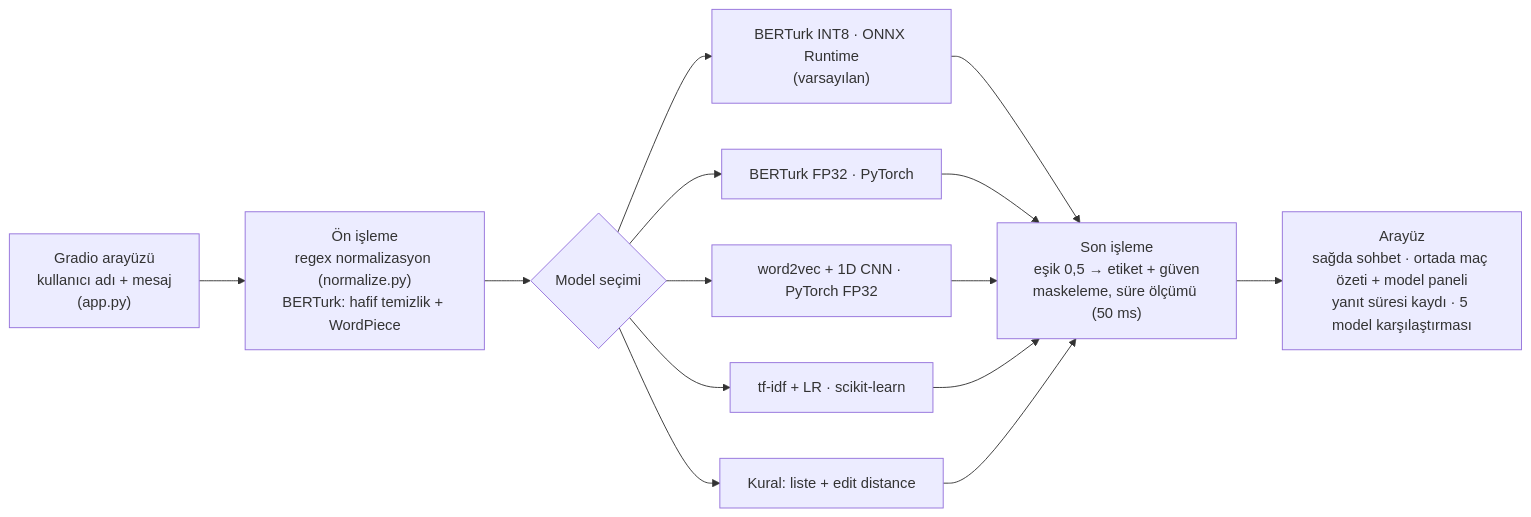
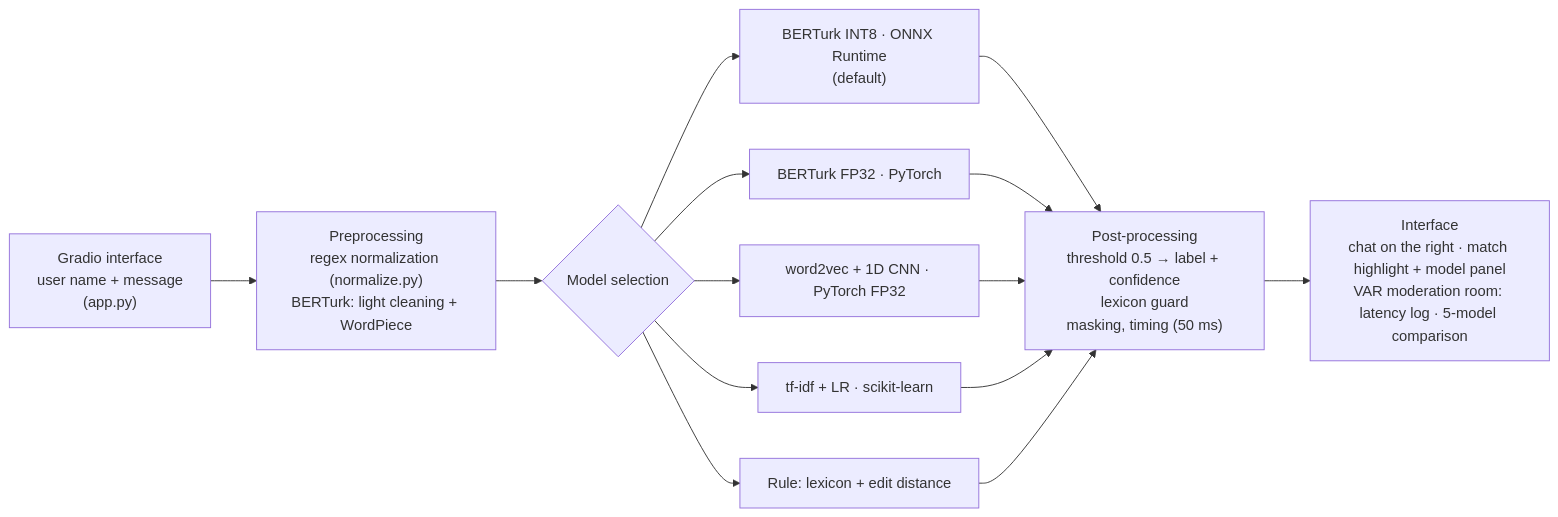
Before and after one commit to furkancanik/mac-moderasyon: the diagram in README.md, drawn with Mermaid. The commit also changed other lines of this file and 2 other files, not shown here.

````diff
--- a/README.md
+++ b/README.md
@@ -48,12 +48,12 @@
 ```mermaid
 flowchart LR
-    A["Gradio arayüzü<br/>kullanıcı adı + mesaj<br/>(app.py)"] --> B["Ön işleme<br/>regex normalizasyon (normalize.py)<br/>BERTurk: hafif temizlik + WordPiece"]
-    B --> C{"Model seçimi"}
-    C --> M1["BERTurk INT8 · ONNX Runtime<br/>(varsayılan)"]
+    A["Gradio interface<br/>user name + message<br/>(app.py)"] --> B["Preprocessing<br/>regex normalization (normalize.py)<br/>BERTurk: light cleaning + WordPiece"]
+    B --> C{"Model selection"}
+    C --> M1["BERTurk INT8 · ONNX Runtime<br/>(default)"]
     C --> M2["BERTurk FP32 · PyTorch"]
     C --> M3["word2vec + 1D CNN · PyTorch FP32"]
     C --> M4["tf-idf + LR · scikit-learn"]
-    C --> M5["Kural: liste + edit distance"]
-    M1 & M2 & M3 & M4 & M5 --> D["Son işleme<br/>eşik 0,5 → etiket + güven<br/>maskeleme, süre ölçümü (50 ms)"]
-    D --> E["Arayüz<br/>sağda sohbet · ortada maç özeti + model paneli<br/>yanıt süresi kaydı · 5 model karşılaştırması"]
+    C --> M5["Rule: lexicon + edit distance"]
+    M1 & M2 & M3 & M4 & M5 --> D["Post-processing<br/>threshold 0.5 → label + confidence<br/>lexicon guard<br/>masking, timing (50 ms)"]
+    D --> E["Interface<br/>chat on the right · match highlight + model panel<br/>VAR moderation room: latency log · 5-model comparison"]
 ```
````
